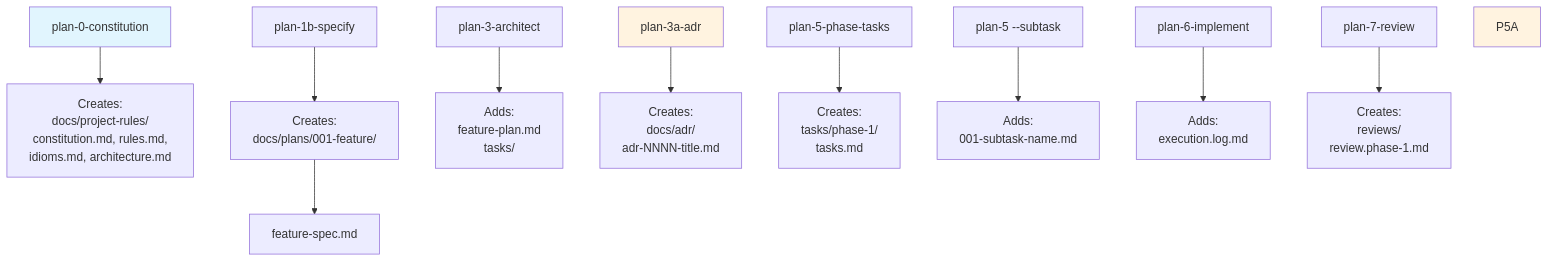
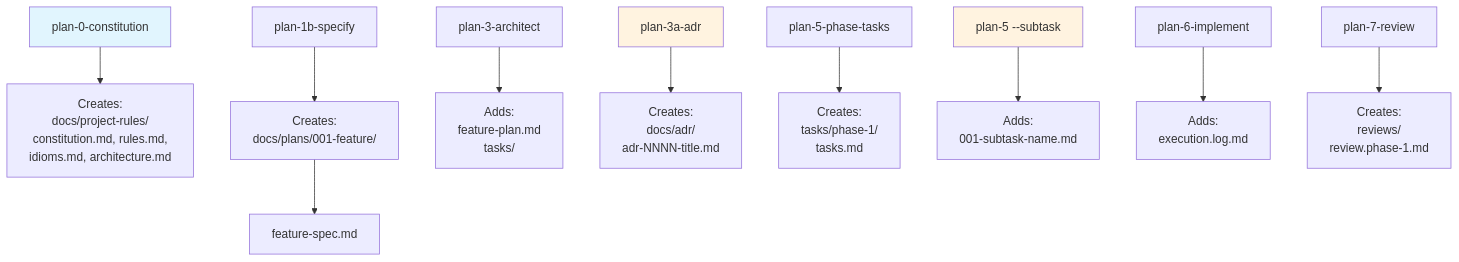
Before and after one commit to jakkaj/tools: the seventh of 8 diagrams in agents/commands/README.md, drawn with Mermaid. The commit also changed other lines of this file and 19 other files, not shown here.

````diff
--- a/agents/commands/README.md
+++ b/agents/commands/README.md
@@ -869,23 +966,23 @@
 ```mermaid
 graph TD
     P0["plan-0-constitution"] --> D0["Creates:<br/>docs/project-rules/<br/>constitution.md, rules.md,<br/>idioms.md, architecture.md"]
 
     P1B["plan-1b-specify"] --> D1["Creates:<br/>docs/plans/001-feature/"]
     D1 --> F1["feature-spec.md"]
 
     P3["plan-3-architect"] --> D3["Adds:<br/>feature-plan.md<br/>tasks/"]
 
     P3A["plan-3a-adr"] --> DADR["Creates:<br/>docs/adr/<br/>adr-NNNN-title.md"]
 
     P5["plan-5-phase-tasks"] --> D5["Creates:<br/>tasks/phase-1/<br/>tasks.md"]
 
     P5ST["plan-5 --subtask"] --> D5A["Adds:<br/>001-subtask-name.md"]
 
     P6["plan-6-implement"] --> D6["Adds:<br/>execution.log.md"]
 
     P7["plan-7-review"] --> D7["Creates:<br/>reviews/<br/>review.phase-1.md"]
 
     style P0 fill:#e1f5fe
     style P3A fill:#fff3e0
-    style P5A fill:#fff3e0
+    style P5ST fill:#fff3e0
 ```
````
